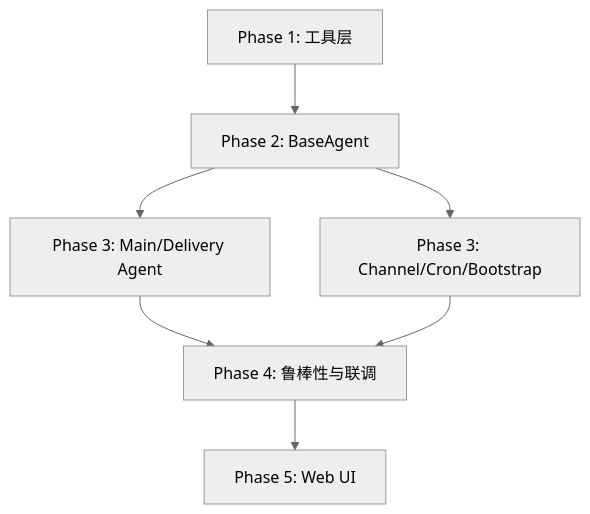
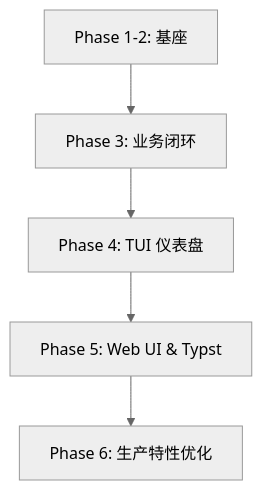
Before and after one commit to a48zhang/jobclaw: the diagram in docs/dev/plan.md, drawn with Mermaid (neutral theme). The commit also changed other lines of this file and 2 other files, not shown here.

````diff
--- a/docs/dev/plan.md
+++ b/docs/dev/plan.md
@@ -37,9 +42,7 @@
 ```mermaid
 graph TD
-    P1[Phase 1: 工具层] --> P2[Phase 2: BaseAgent]
-    P2 --> P3[Phase 3: Main/Delivery Agent]
-    P2 --> P3B[Phase 3: Channel/Cron/Bootstrap]
-    P3 --> P4[Phase 4: 鲁棒性与联调]
-    P3B --> P4
-    P4 --> P5[Phase 5: Web UI]
+    P12[Phase 1-2: 基座] --> P3[Phase 3: 业务闭环]
+    P3 --> P4[Phase 4: TUI 仪表盘]
+    P4 --> P5[Phase 5: Web UI & Typst]
+    P5 --> P6[Phase 6: 生产特性优化]
 ```
````
